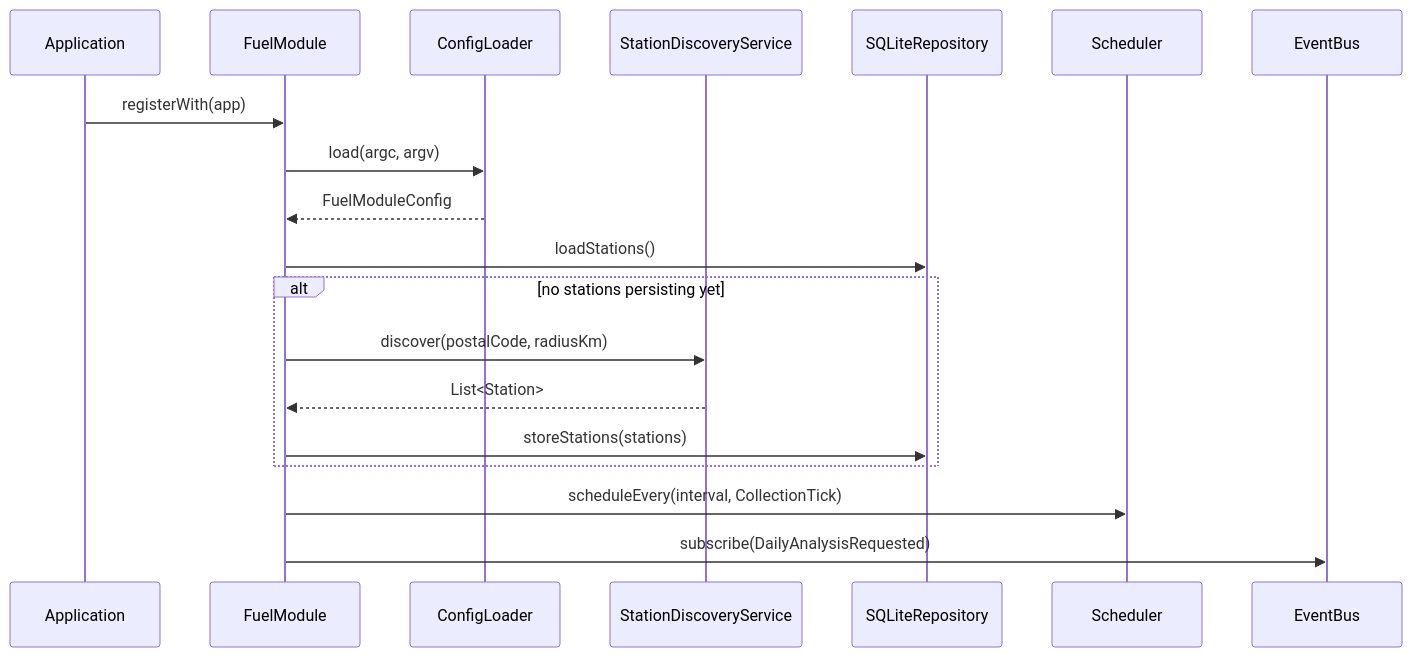
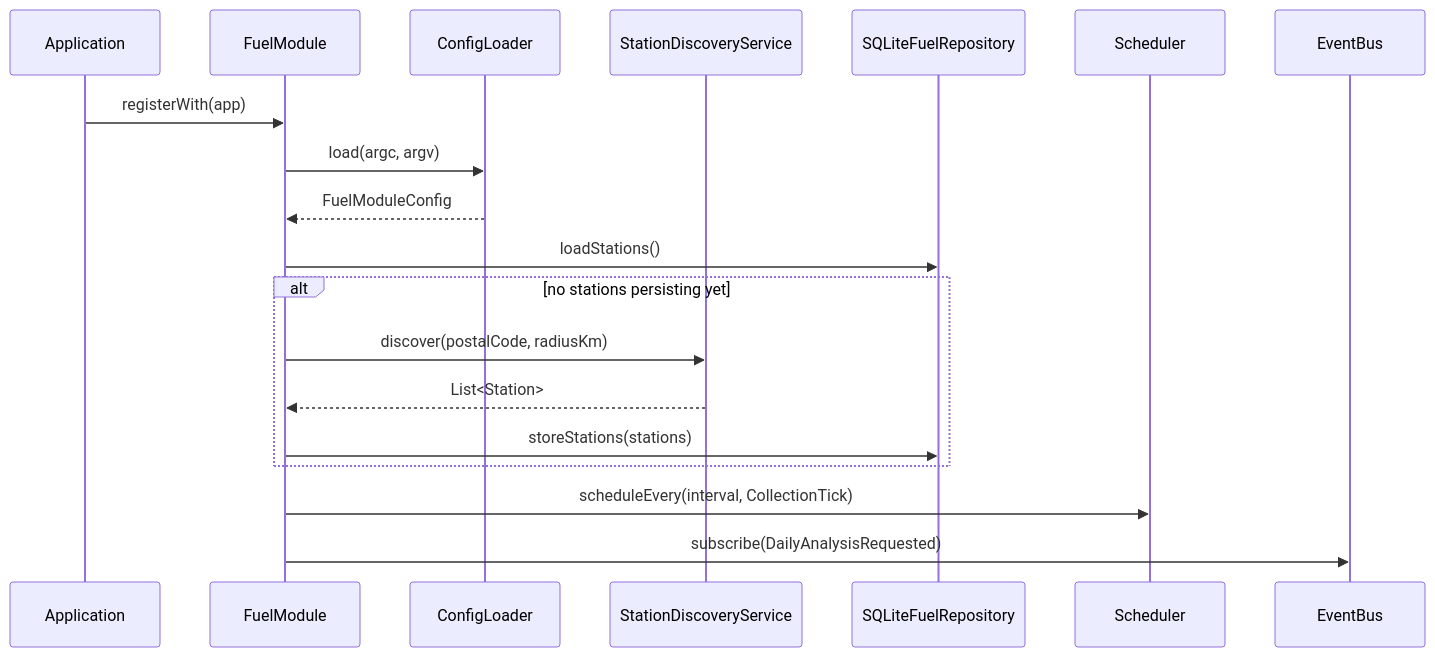
Before and after one commit to FelixHommel/FuelPulse: the second of 4 diagrams in docs/architecture/FuelModule.md, drawn with Mermaid. The commit also changed other lines of this file, not shown here.

````diff
--- a/docs/architecture/FuelModule.md
+++ b/docs/architecture/FuelModule.md
@@ -184,27 +163,27 @@
 ```mermaid
 sequenceDiagram
   participant Application
   participant FuelModule
   participant ConfigLoader
   participant StationDiscoveryService
-  participant SQLiteRepository
+  participant SQLiteFuelRepository
   participant Scheduler
   participant EventBus
 
   Application ->> FuelModule: registerWith(app)
 
   FuelModule ->> ConfigLoader: load(argc, argv)
   ConfigLoader -->> FuelModule: FuelModuleConfig
 
-  FuelModule ->> SQLiteRepository: loadStations()
+  FuelModule ->> SQLiteFuelRepository: loadStations()
   alt no stations persisting yet
     FuelModule ->> StationDiscoveryService: discover(postalCode, radiusKm)
     StationDiscoveryService -->> FuelModule: List<Station>
 
-    FuelModule ->> SQLiteRepository: storeStations(stations)
+    FuelModule ->> SQLiteFuelRepository: storeStations(stations)
   end
 
   FuelModule ->> Scheduler: scheduleEvery(interval, CollectionTick)
 
   FuelModule ->> EventBus: subscribe(DailyAnalysisRequested)
 ```
````
